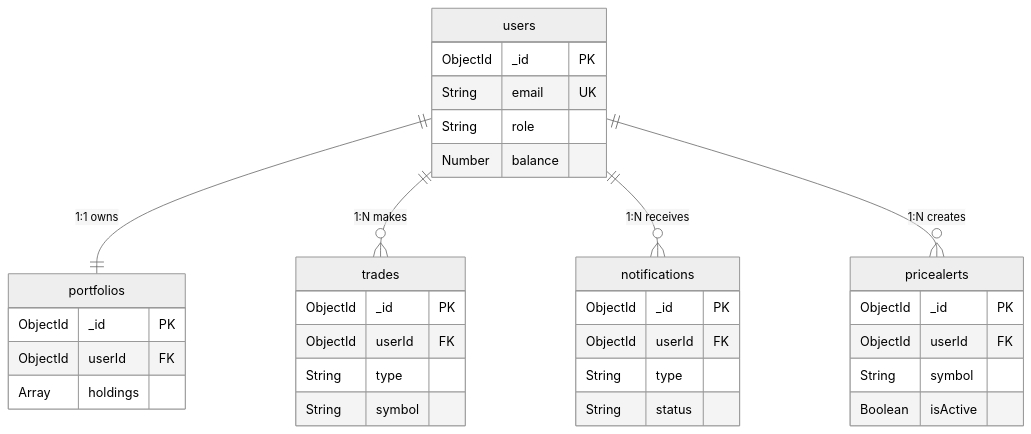
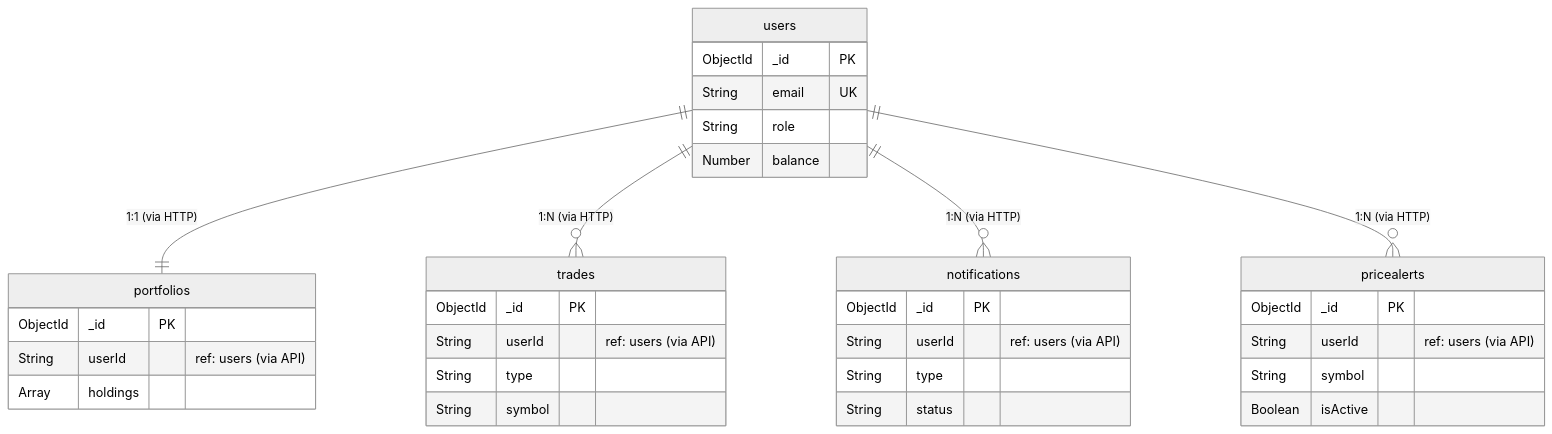
Diagram 22 of 22 in docs/CHUONG_3_DA_SUA.md (doanthetin193/CryptoTradingSOA), drawn with Mermaid (neutral theme) before and after one commit. The commit also changed other lines of this file and 7 other files, not shown here.

````diff
--- a/docs/CHUONG_3_DA_SUA.md
+++ b/docs/CHUONG_3_DA_SUA.md
@@ -1403,41 +1408,45 @@
 ```mermaid
 erDiagram
-    users ||--|| portfolios : "1:1 owns"
-    users ||--o{ trades : "1:N makes"
-    users ||--o{ notifications : "1:N receives"
-    users ||--o{ pricealerts : "1:N creates"
-    
+    %% Database: crypto_users
     users {
         ObjectId _id PK
         String email UK
         String role
         Number balance
     }
     
+    %% Database: crypto_portfolios
     portfolios {
         ObjectId _id PK
-        ObjectId userId FK
+        String userId "ref: users (via API)"
         Array holdings
     }
     
+    %% Database: crypto_trades
     trades {
         ObjectId _id PK
-        ObjectId userId FK
+        String userId "ref: users (via API)"
         String type
         String symbol
     }
     
+    %% Database: crypto_notifications
     notifications {
         ObjectId _id PK
-        ObjectId userId FK
+        String userId "ref: users (via API)"
         String type
         String status
     }
     
     pricealerts {
         ObjectId _id PK
-        ObjectId userId FK
+        String userId "ref: users (via API)"
         String symbol
         Boolean isActive
     }
+
+    users ||--|| portfolios : "1:1 (via HTTP)"
+    users ||--o{ trades : "1:N (via HTTP)"
+    users ||--o{ notifications : "1:N (via HTTP)"
+    users ||--o{ pricealerts : "1:N (via HTTP)"
 ```
````
